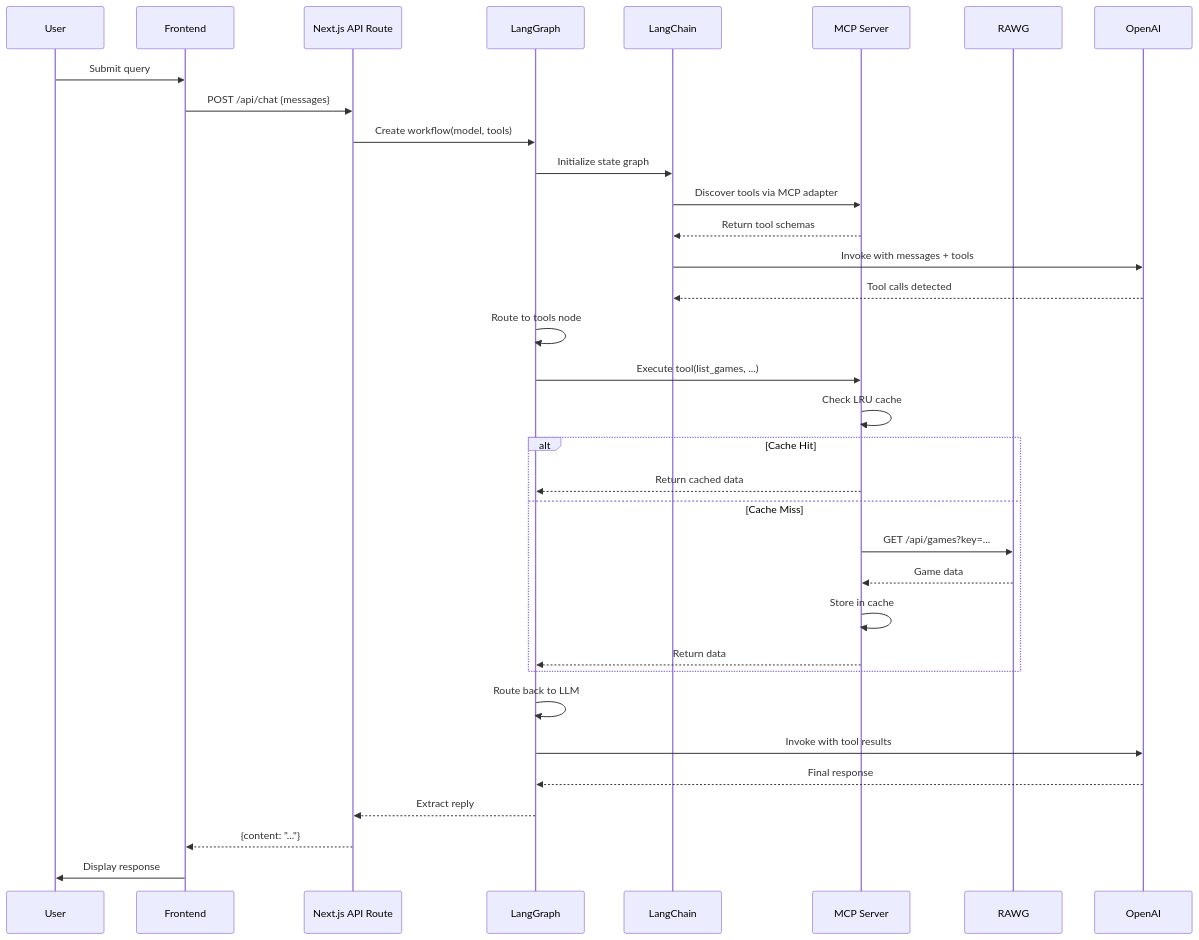
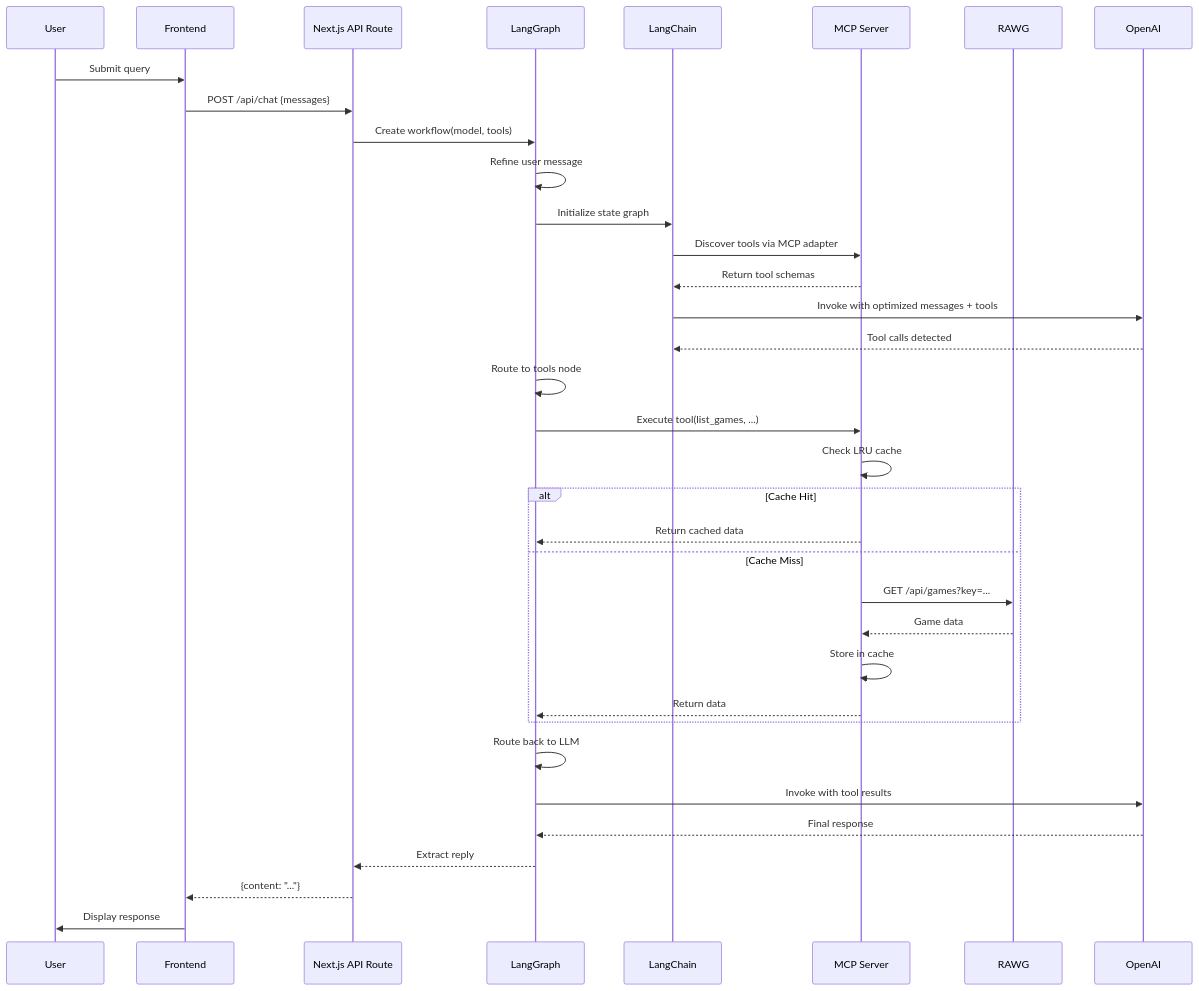
The second of 2 diagrams in README.md (ShawnZong/amazing-game-analytics-ai-chatbot), drawn with Mermaid before and after one commit.

Commit message:
docs: add refiner step to sequence diagram

````diff
--- a/README.md
+++ b/README.md
@@ -131,37 +131,38 @@
 ```mermaid
 sequenceDiagram
     participant User
     participant Frontend
     participant API as Next.js API Route
     participant LangGraph
     participant LangChain
     participant MCP as MCP Server
     participant RAWG
     participant LLM as OpenAI
 
     User->>Frontend: Submit query
     Frontend->>API: POST /api/chat {messages}
     API->>LangGraph: Create workflow(model, tools)
+    LangGraph->>LangGraph: Refine user message
     LangGraph->>LangChain: Initialize state graph
     LangChain->>MCP: Discover tools via MCP adapter
     MCP-->>LangChain: Return tool schemas
-    LangChain->>LLM: Invoke with messages + tools
+    LangChain->>LLM: Invoke with optimized messages + tools
     LLM-->>LangChain: Tool calls detected
     LangGraph->>LangGraph: Route to tools node
     LangGraph->>MCP: Execute tool(list_games, ...)
     MCP->>MCP: Check LRU cache
     alt Cache Hit
         MCP-->>LangGraph: Return cached data
     else Cache Miss
         MCP->>RAWG: GET /api/games?key=...
         RAWG-->>MCP: Game data
         MCP->>MCP: Store in cache
         MCP-->>LangGraph: Return data
     end
     LangGraph->>LangGraph: Route back to LLM
     LangGraph->>LLM: Invoke with tool results
     LLM-->>LangGraph: Final response
     LangGraph-->>API: Extract reply
     API-->>Frontend: {content: "..."}
     Frontend->>User: Display response
 ```
````
